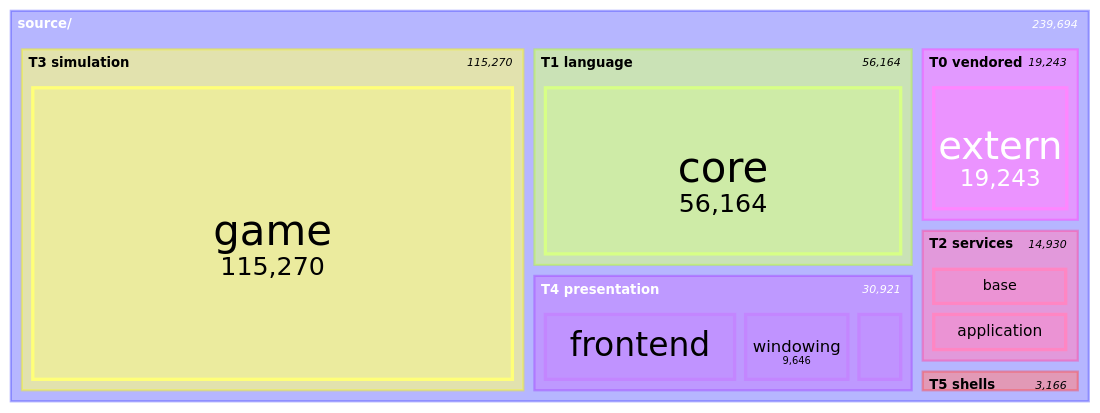
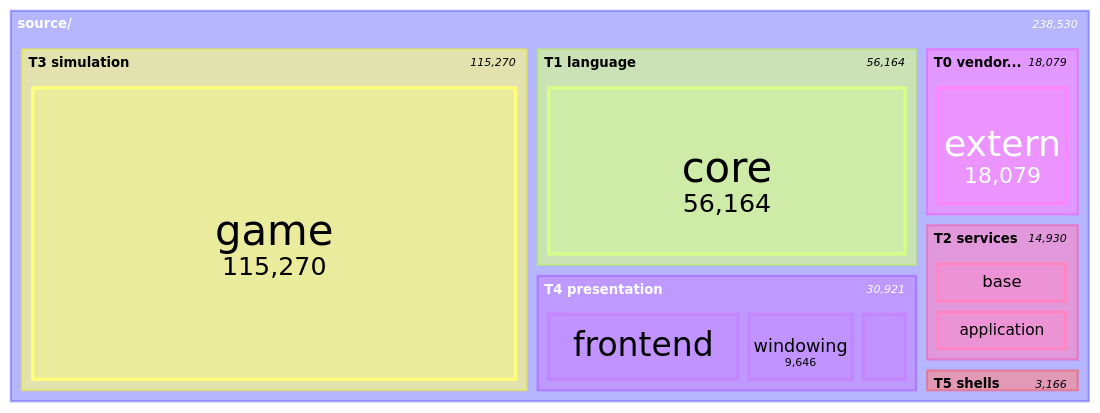
Before and after one commit to apnex/OpenStarbound: the seventh of 11 diagrams in docs/architecture/system-boundaries.md, drawn with Mermaid. The commit also changed other lines of this file and 7 other files, not shown here.

````diff
--- a/docs/architecture/system-boundaries.md
+++ b/docs/architecture/system-boundaries.md
@@ -577,21 +577,21 @@
 ```mermaid
 treemap-beta
 "source/"
     "T0 vendored"
-        "extern": 19243
+        "extern": 18079
     "T1 language"
         "core": 56164
     "T2 services"
         "base": 7411
         "application": 7377
         "platform": 142
     "T3 simulation"
         "game": 115270
     "T4 presentation"
         "frontend": 16861
         "windowing": 9646
         "rendering": 4414
     "T5 shells"
         "client": 2383
         "server": 783
 ```
````
